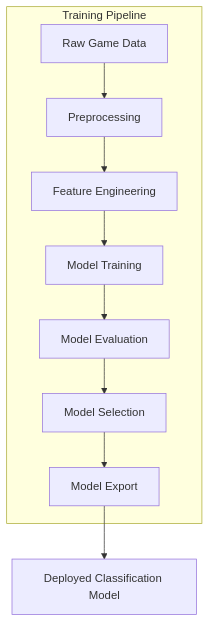
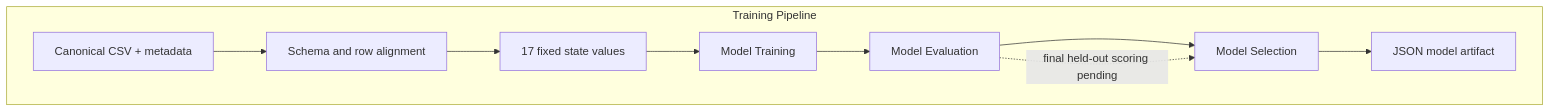
One commit to Evintkoo/2048-ml changed the first of 7 diagrams in plans/05-Model/02-Training/01-training-pipeline.md. Above: the diagram before and after it, drawn with Mermaid. The commit also changed other lines of this file and 67 other files, not shown here.

````diff
--- a/plans/05-Model/02-Training/01-training-pipeline.md
+++ b/plans/05-Model/02-Training/01-training-pipeline.md
@@ -22,21 +22,21 @@
 ```mermaid
 flowchart TD
     subgraph "Training Pipeline"
-        Data[Raw Game Data]
-        Preprocess[Preprocessing]
-        Feature[Feature Engineering]
+        Data[Canonical CSV + metadata]
+        Validate[Schema and row alignment]
+        Feature[17 fixed state values]
         Train[Model Training]
         Evaluate[Model Evaluation]
         Select[Model Selection]
-        Export[Model Export]
+        Export[JSON model artifact]
     end
 
-    Data --> Preprocess
-    Preprocess --> Feature
+    Data --> Validate
+    Validate --> Feature
     Feature --> Train
     Train --> Evaluate
     Evaluate --> Select
     Select --> Export
 
-    Export --> Deploy[Deployed Classification Model]
+    Evaluate -. final held-out scoring pending .-> Select
 ```
````
